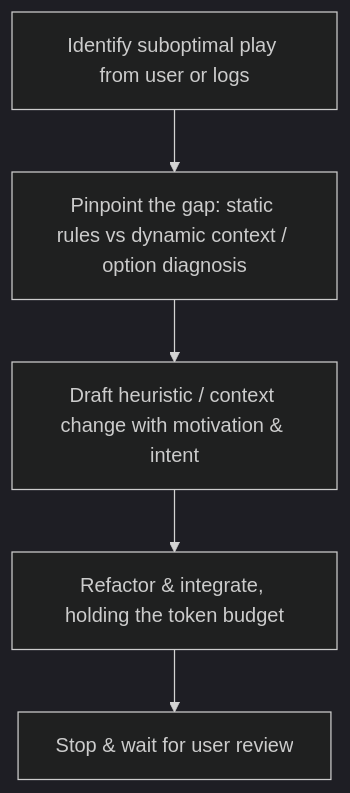
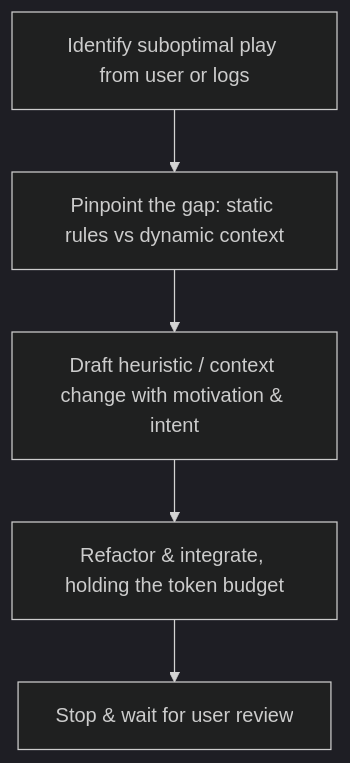
The diagram in .agents/skills/prompt-refinement/SKILL.md (ejfn/Tractor), drawn with Mermaid (dark theme) before and after one commit. The commit also changed other lines of this file and 5 other files, not shown here.

First line of the commit message:
feat(ai): redesign AI decision architecture with 4-layer perception & action space (#468)

````diff
--- a/.agents/skills/prompt-refinement/SKILL.md
+++ b/.agents/skills/prompt-refinement/SKILL.md
@@ -73,7 +64,7 @@
 ```mermaid
 graph TD
-    A[Identify suboptimal play from user or logs] --> B[Pinpoint the gap: static rules vs dynamic context / option diagnosis]
+    A[Identify suboptimal play from user or logs] --> B[Pinpoint the gap: static rules vs dynamic context]
     B --> C[Draft heuristic / context change with motivation & intent]
     C --> D[Refactor & integrate, holding the token budget]
     D --> E[Stop & wait for user review]
 ```
````
